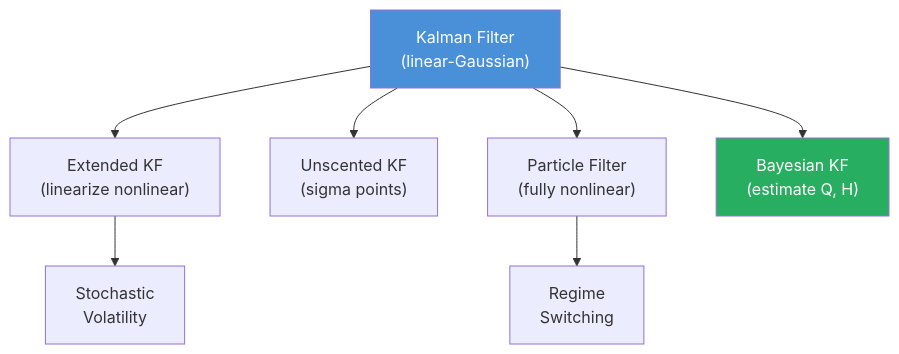
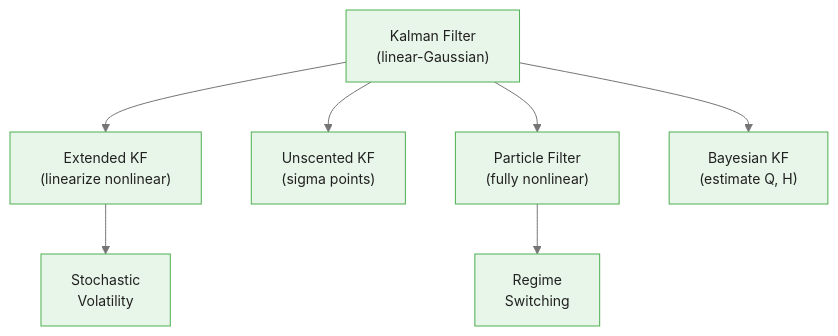
The third of 3 diagrams in courses/bayesian-commodity-forecasting/modules/module_03_state_space/guides/02_kalman_filter_slides.md (m-deane/course-creator), drawn with Mermaid before and after one commit. The commit also changed other lines of this file and 104 other files, not shown here.

````diff
--- a/courses/bayesian-commodity-forecasting/modules/module_03_state_space/guides/02_kalman_filter_slides.md
+++ b/courses/bayesian-commodity-forecasting/modules/module_03_state_space/guides/02_kalman_filter_slides.md
@@ -294,11 +306,10 @@
 ```mermaid
+%%{init: {"theme": "base", "themeVariables": {"primaryColor": "#e8f5e9", "primaryBorderColor": "#4caf50", "primaryTextColor": "#212121", "secondaryColor": "#e3f2fd", "tertiaryColor": "#fff8e1", "lineColor": "#757575", "fontFamily": "Inter, sans-serif", "fontSize": "14px"}}}%%
 flowchart TD
     KF["Kalman Filter\n(linear-Gaussian)"] --> EKF["Extended KF\n(linearize nonlinear)"]
     KF --> UKF["Unscented KF\n(sigma points)"]
     KF --> PF["Particle Filter\n(fully nonlinear)"]
     KF --> BKF["Bayesian KF\n(estimate Q, H)"]
     EKF --> SV["Stochastic\nVolatility"]
     PF --> RS["Regime\nSwitching"]
-    style KF fill:#4a90d9,color:#fff
-    style BKF fill:#27ae60,color:#fff
 ```
````
